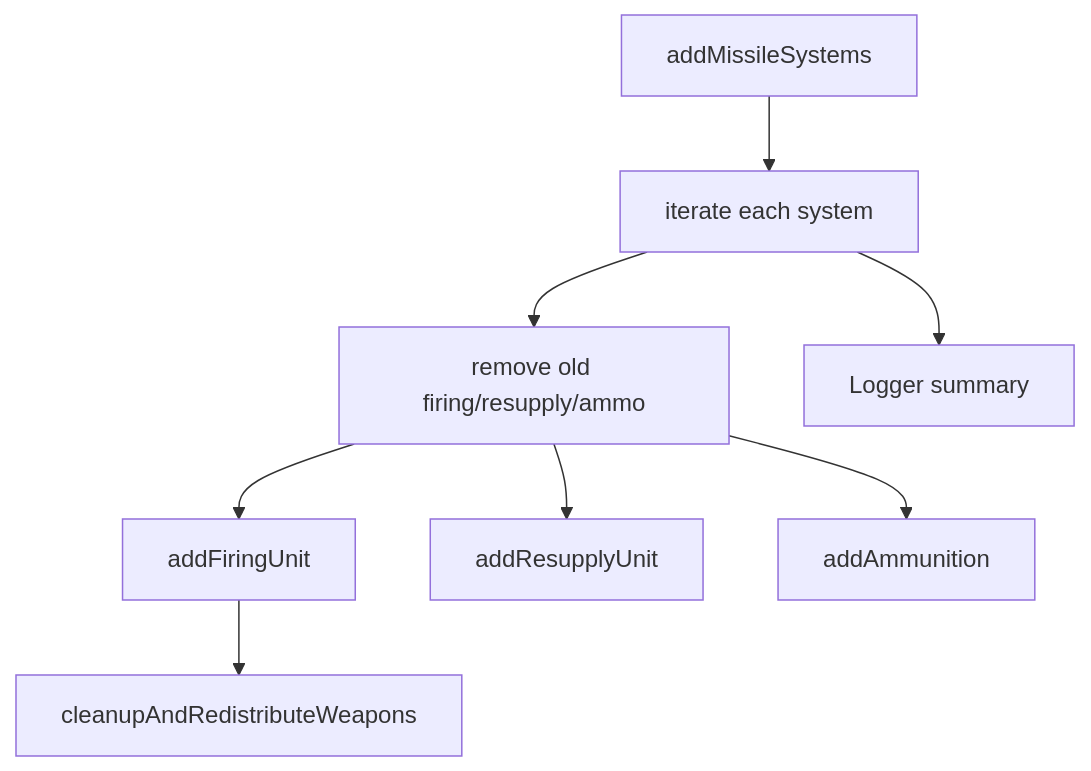
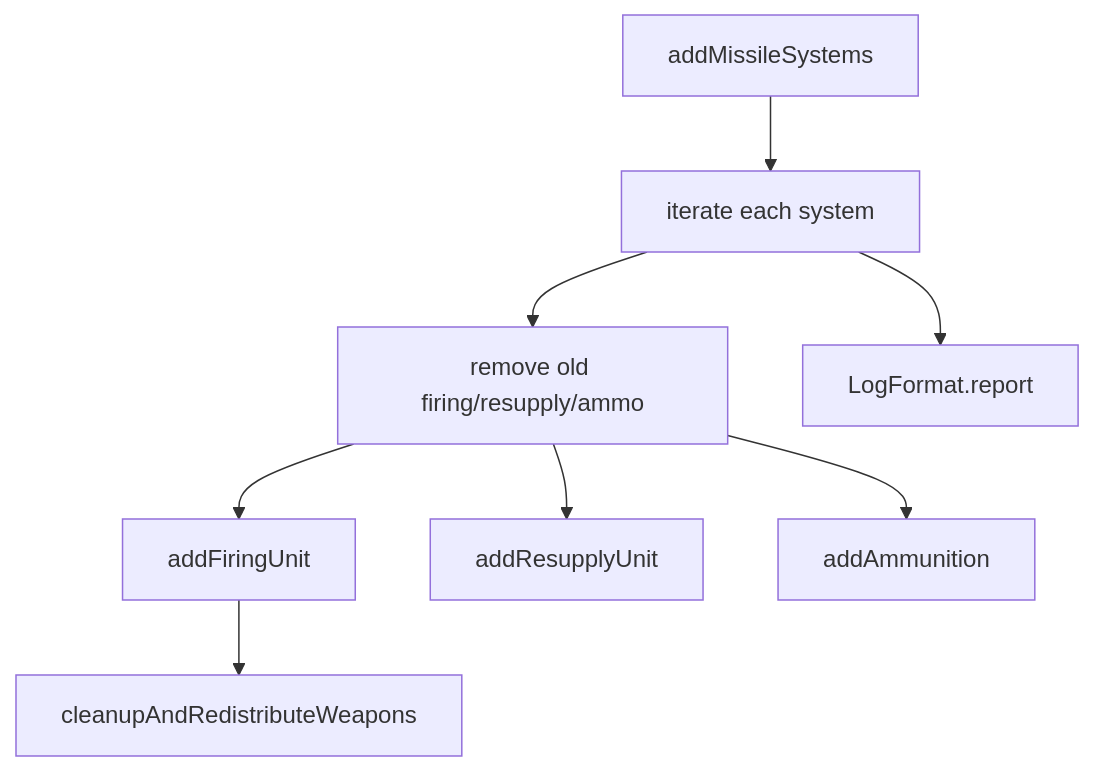
The diagram in docs/missileSystem/deployment.md (pullupjumper/formosa-in-flames), drawn with Mermaid before and after one commit. The commit also changed 58 other files, not shown here.

````diff
--- a/docs/missileSystem/deployment.md
+++ b/docs/missileSystem/deployment.md
@@ -28,10 +28,10 @@
 ```mermaid
 flowchart TD
     A[addMissileSystems] --> B[iterate each system]
     B --> C[remove old firing/resupply/ammo]
     C --> D[addFiringUnit]
     C --> E[addResupplyUnit]
     C --> F[addAmmunition]
     D --> G[cleanupAndRedistributeWeapons]
-    B --> H[Logger summary]
+    B --> H[LogFormat.report]
 ```
````
